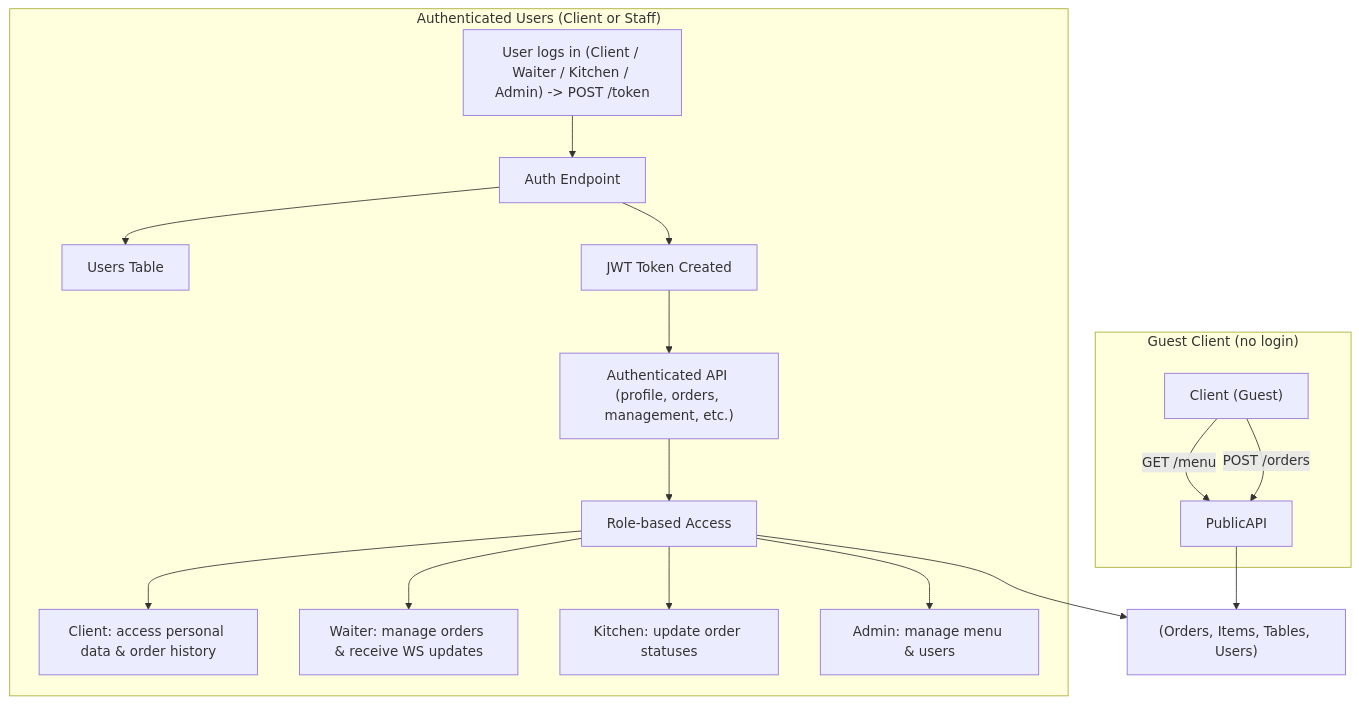
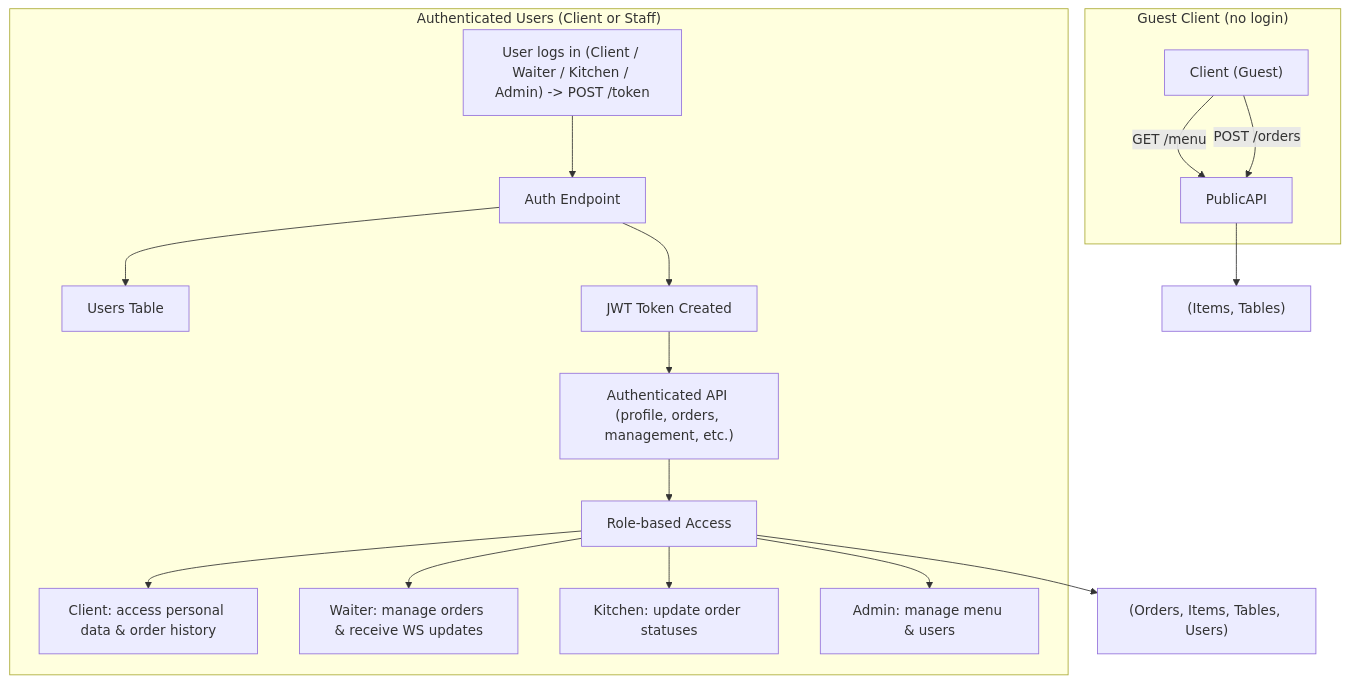
Before and after one commit to jeduapf/jeduapf.github.io: the second of 2 diagrams in _projects/7_ZéCo.md, drawn with Mermaid.

Commit message:
corrected diagram

```diff
--- a/_projects/7_ZéCo.md
+++ b/_projects/7_ZéCo.md
@@ -166,30 +166,31 @@
 <div class="mermaid">
    flowchart TD
       %% === Public client flow ===
       subgraph GuestClient["Guest Client (no login)"]
          GC["Client (Guest)"] -->|"GET /menu"| PublicAPI
          GC -->|"POST /orders"| PublicAPI
       end
 
       %% === Unified Authenticated flow ===
       subgraph AuthFlow["Authenticated Users (Client or Staff)"]
          Login["User logs in (Client / Waiter / Kitchen / Admin) -> POST /token"] --> AuthEndpoint["Auth Endpoint"]
          AuthEndpoint --> UsersDB["Users Table"]
          AuthEndpoint --> JWT["JWT Token Created"]
          JWT --> API["Authenticated API (profile, orders, management, etc.)"]
          API --> RoleCheck["Role-based Access"]
          RoleCheck --> Client["Client: access personal data & order history"]
          RoleCheck --> Waiter["Waiter: manage orders & receive WS updates"]
          RoleCheck --> Kitchen["Kitchen: update order statuses"]
          RoleCheck --> Admin["Admin: manage menu & users"]
       end
 
       %% === Database ===
       DB["(Orders, Items, Tables, Users)"]
+      SPDB["(Items, Tables)"]
 
       %% === Roles branching ===
       RoleCheck --> DB
       
       %% === Shared backend access ===
-      PublicAPI --> DB
+      PublicAPI --> SPDB
 </div>
```
